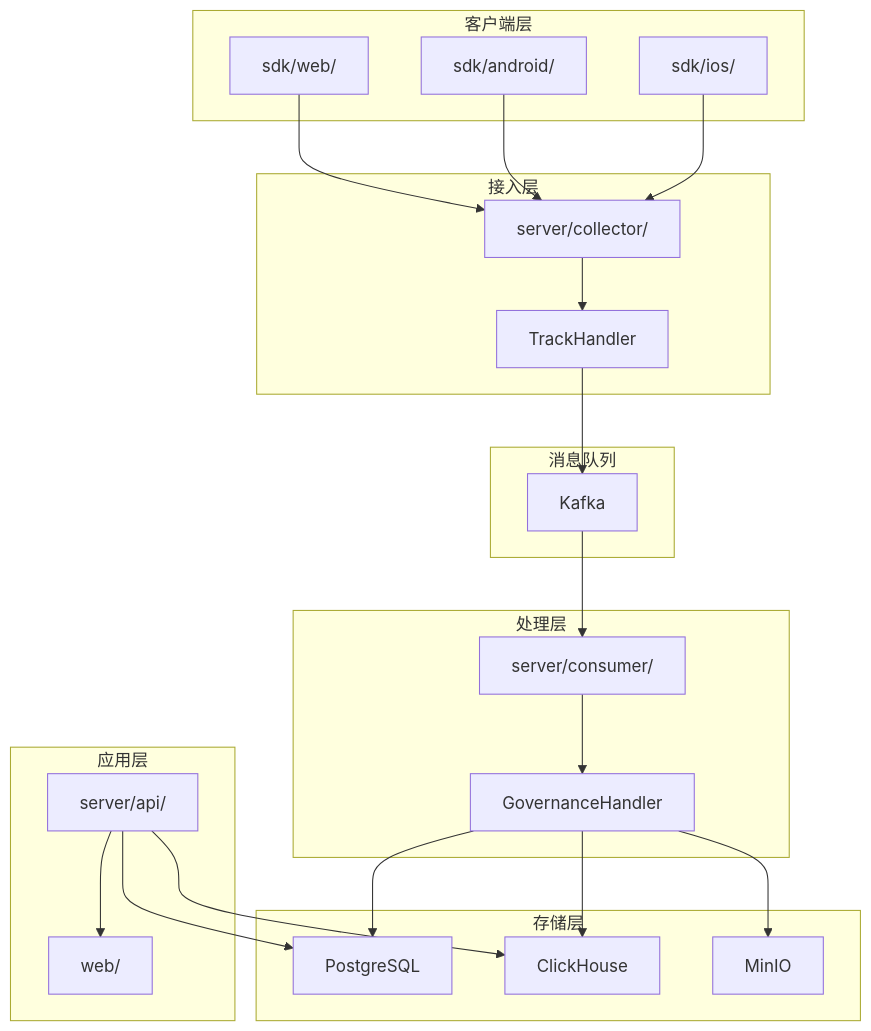
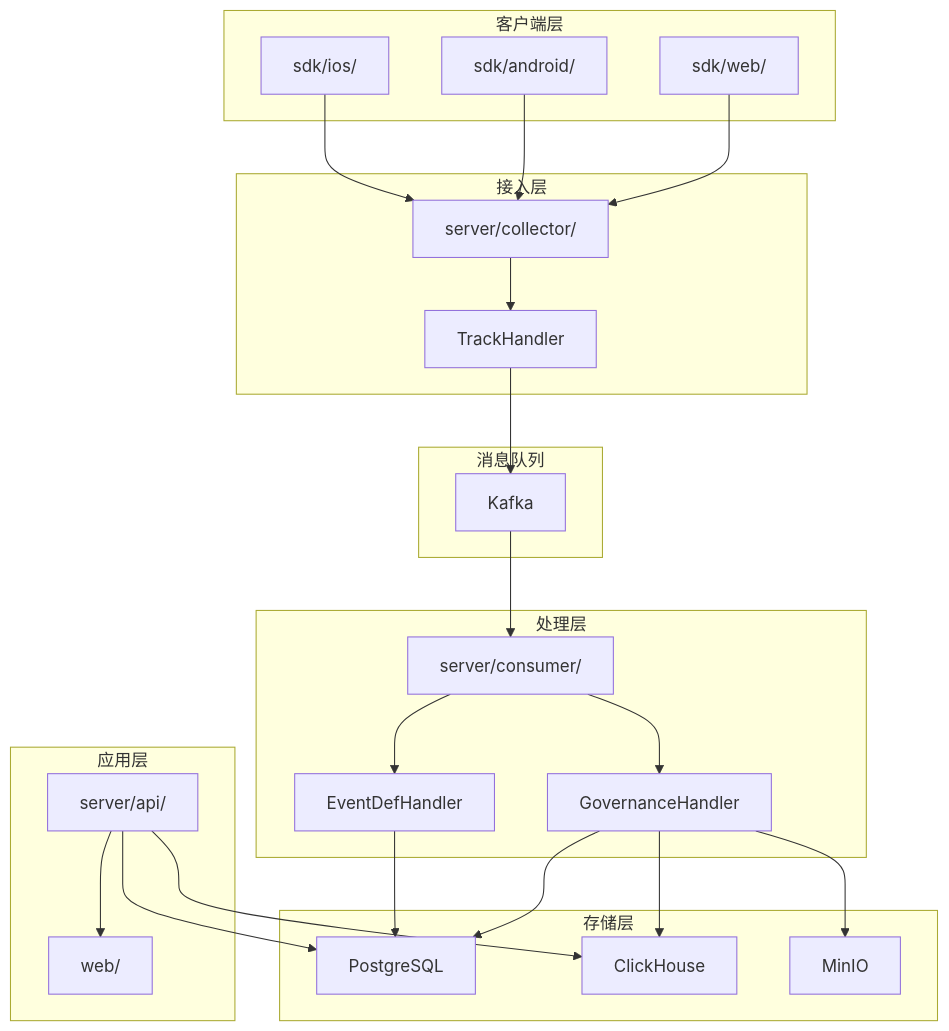
The second of 15 diagrams in .qoder/repowiki/zh/content/监控与可观测性/调试器系统.md (zhen-zhong/AeroLog), drawn with Mermaid before and after one commit. The commit also changed other lines of this file and 130 other files, not shown here.

````diff
--- a/.qoder/repowiki/zh/content/监控与可观测性/调试器系统.md
+++ b/.qoder/repowiki/zh/content/监控与可观测性/调试器系统.md
@@ -128,41 +140,44 @@
 ```mermaid
 graph TB
 subgraph "客户端层"
 SDK_WEB[sdk/web/]
 SDK_ANDROID[sdk/android/]
 SDK_IOS[sdk/ios/]
 end
 subgraph "接入层"
 COLLECTOR[server/collector/]
 TRACK_HANDLER[TrackHandler]
 end
 subgraph "消息队列"
 KAFKA[Kafka]
 end
 subgraph "处理层"
 CONSUMER[server/consumer/]
 GOVERNANCE_HANDLER[GovernanceHandler]
+EVENT_DEF_HANDLER[EventDefHandler]
 end
 subgraph "存储层"
 POSTGRES[PostgreSQL]
 CLICKHOUSE[ClickHouse]
 MINIO[MinIO]
 end
 subgraph "应用层"
 API[server/api/]
 WEB[web/]
 end
 SDK_WEB --> COLLECTOR
 SDK_ANDROID --> COLLECTOR
 SDK_IOS --> COLLECTOR
 COLLECTOR --> TRACK_HANDLER
 TRACK_HANDLER --> KAFKA
 KAFKA --> CONSUMER
 CONSUMER --> GOVERNANCE_HANDLER
+CONSUMER --> EVENT_DEF_HANDLER
 GOVERNANCE_HANDLER --> POSTGRES
 GOVERNANCE_HANDLER --> CLICKHOUSE
 GOVERNANCE_HANDLER --> MINIO
+EVENT_DEF_HANDLER --> POSTGRES
 API --> WEB
 API --> POSTGRES
 API --> CLICKHOUSE
 ```
````
